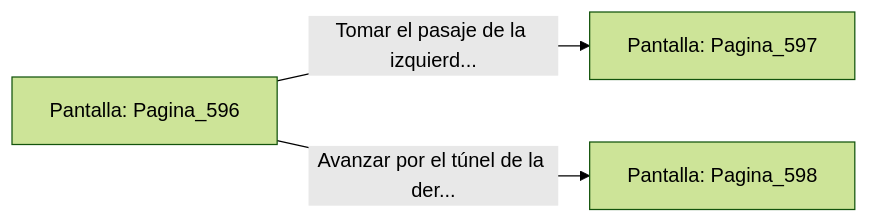
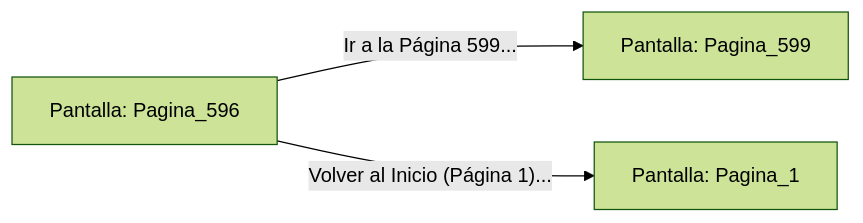
One commit to metsuke/mpl changed the diagram in sample/eligejuego-vault/Pantalla_Pagina_596.md. Above: the diagram before and after it, drawn with Mermaid (forest theme). The commit also changed other lines of this file and 635 other files, not shown here.

First line of the commit message:
fix: añadir Pagina_1 como pantalla inicial en capitulo_01.mpl

````diff
--- a/sample/eligejuego-vault/Pantalla_Pagina_596.md
+++ b/sample/eligejuego-vault/Pantalla_Pagina_596.md
@@ -20,6 +22,6 @@
 ```mermaid
 graph LR
     P_Pagina_596["Pantalla: Pagina_596"]
-    P_Pagina_596 -->|"Tomar el pasaje de la izquierd..."| P_Pagina_597["Pantalla: Pagina_597"]
-    P_Pagina_596 -->|"Avanzar por el túnel de la der..."| P_Pagina_598["Pantalla: Pagina_598"]
+    P_Pagina_596 -->|"Ir a la Página 599..."| P_Pagina_599["Pantalla: Pagina_599"]
+    P_Pagina_596 -->|"Volver al Inicio (Página 1)..."| P_Pagina_1["Pantalla: Pagina_1"]
 ```
````
